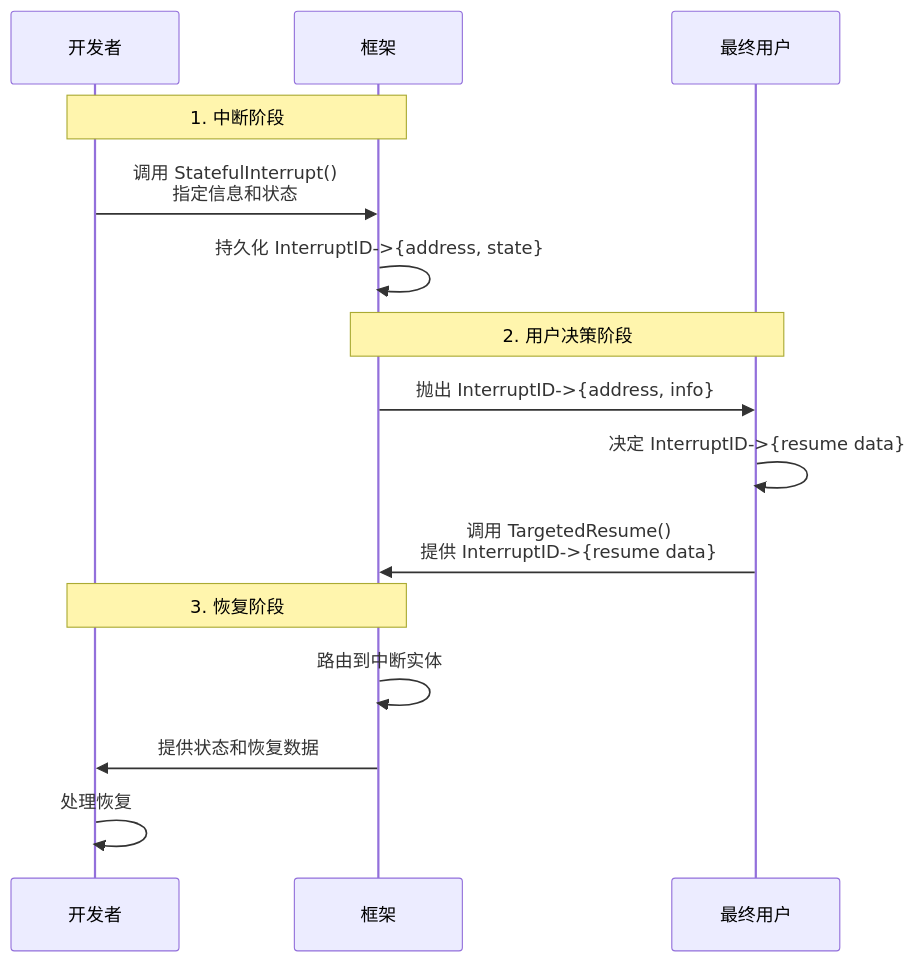
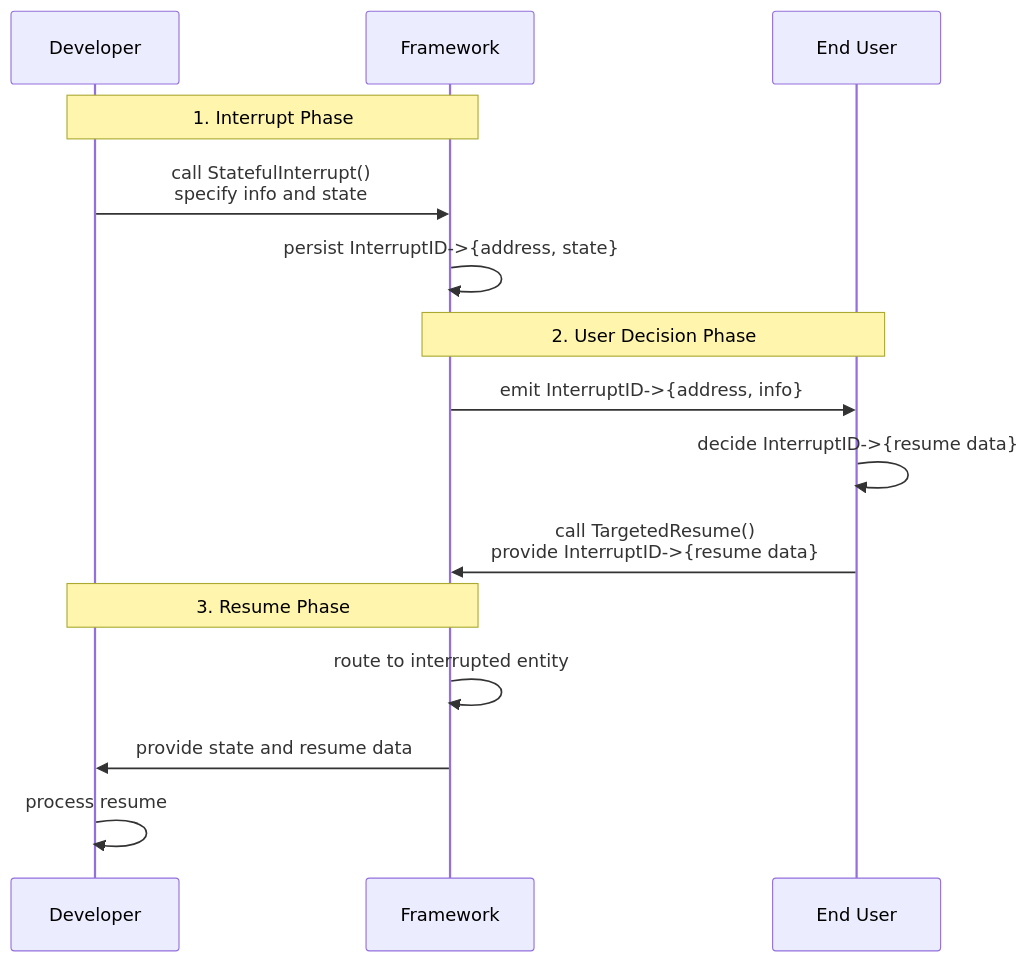
One commit to cloudwego/cloudwego.github.io changed the third of 5 diagrams in content/en/docs/eino/core_modules/eino_adk/agent_hitl.md. Above: the diagram before and after it, drawn with Mermaid. The commit also changed other lines of this file and 110 other files, not shown here.

````diff
--- a/content/en/docs/eino/core_modules/eino_adk/agent_hitl.md
+++ b/content/en/docs/eino/core_modules/eino_adk/agent_hitl.md
@@ -329,23 +391,23 @@
 ```mermaid
 sequenceDiagram
-    participant D as 开发者
-    participant F as 框架
-    participant U as 最终用户
+    participant D as Developer
+    participant F as Framework
+    participant U as End User
     
-   
-    Note over D,F: 1. 中断阶段
-    D->>F: 调用 StatefulInterrupt()<br>指定信息和状态
-    F->>F: 持久化 InterruptID->{address, state}
     
-   
-    Note over F,U: 2. 用户决策阶段
-    F->>U: 抛出 InterruptID->{address, info}
-    U->>U: 决定 InterruptID->{resume data}
-    U->>F: 调用 TargetedResume()<br>提供 InterruptID->{resume data}
+    Note over D,F: 1. Interrupt Phase
+    D->>F: call StatefulInterrupt()<br>specify info and state
+    F->>F: persist InterruptID->{address, state}
     
-   
-    Note over D,F: 3. 恢复阶段
-    F->>F: 路由到中断实体
-    F->>D: 提供状态和恢复数据
-    D->>D: 处理恢复
+    
+    Note over F,U: 2. User Decision Phase
+    F->>U: emit InterruptID->{address, info}
+    U->>U: decide InterruptID->{resume data}
+    U->>F: call TargetedResume()<br>provide InterruptID->{resume data}
+    
+    
+    Note over D,F: 3. Resume Phase
+    F->>F: route to interrupted entity
+    F->>D: provide state and resume data
+    D->>D: process resume
 ```
````
